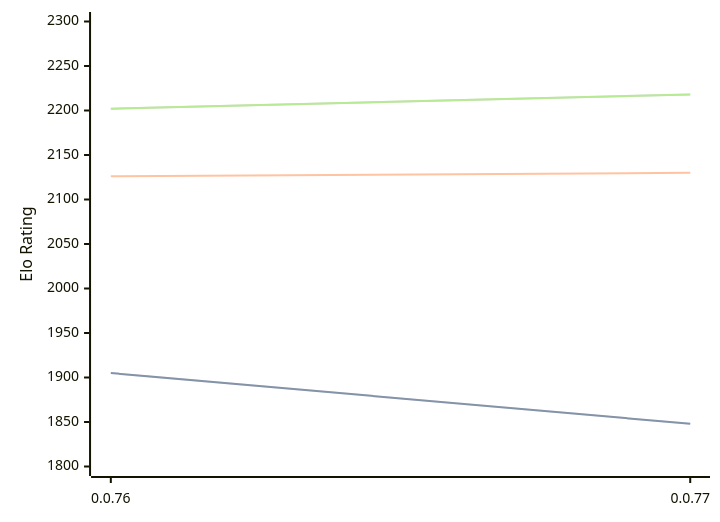
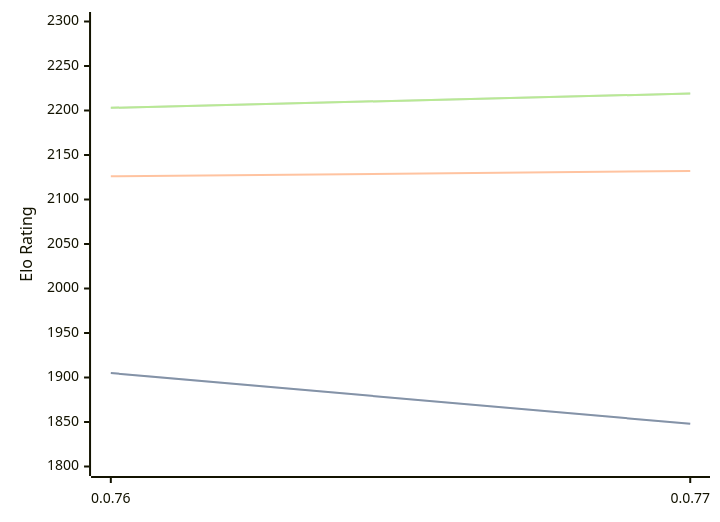
One commit to computer-chess-index/cci changed the diagram in engines/Fktb.md. Above: the diagram before and after it, drawn with Mermaid. The commit also changed other lines of this file, not shown here.

Commit message:
Update CCI Ratings (ELO VLTC) - 2026-08-01

````diff
--- a/engines/Fktb.md
+++ b/engines/Fktb.md
@@ -32,11 +32,11 @@
 ```mermaid
 %%{init: {"theme":"base","themeVariables":{"seriesColors:['#a3a3a3','#222221','#faa371']}}}%%
 xychart-beta
   x-axis ["0.0.76", "0.0.77"]
   y-axis "Elo Rating" 1800 --> 2300
   line "STC (8.0+0.08s)" [1905, 1848]
   line "STC (8.0+0.08s)" [1905, 1848]
-  line "LTC (60.0+0.60s)" [2126, 2130]
-  line "VLTC (2m24s+1.12s)" [2202, 2218]
-  line "VLTC (2m24s+1.12s)" [2202, 2218]
+  line "LTC (60.0+0.60s)" [2126, 2132]
+  line "VLTC (2m24s+1.12s)" [2203, 2219]
+  line "VLTC (2m24s+1.12s)" [2203, 2219]
 ```
````
